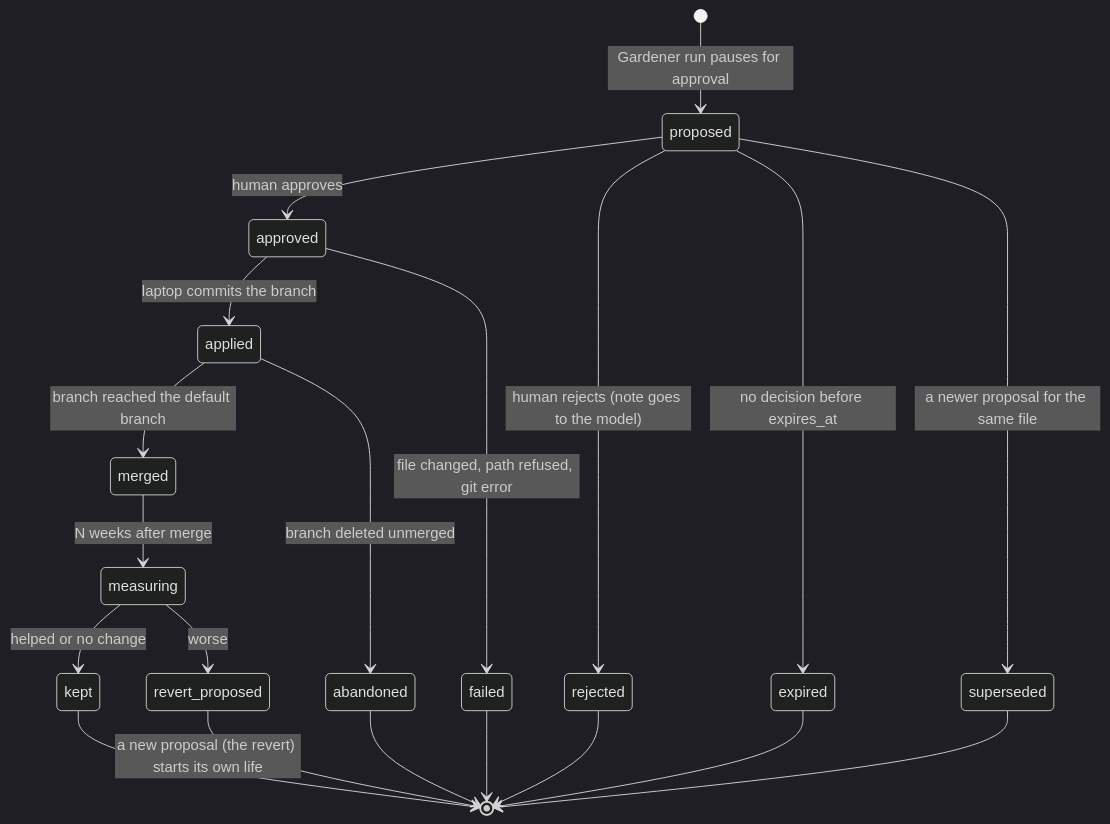
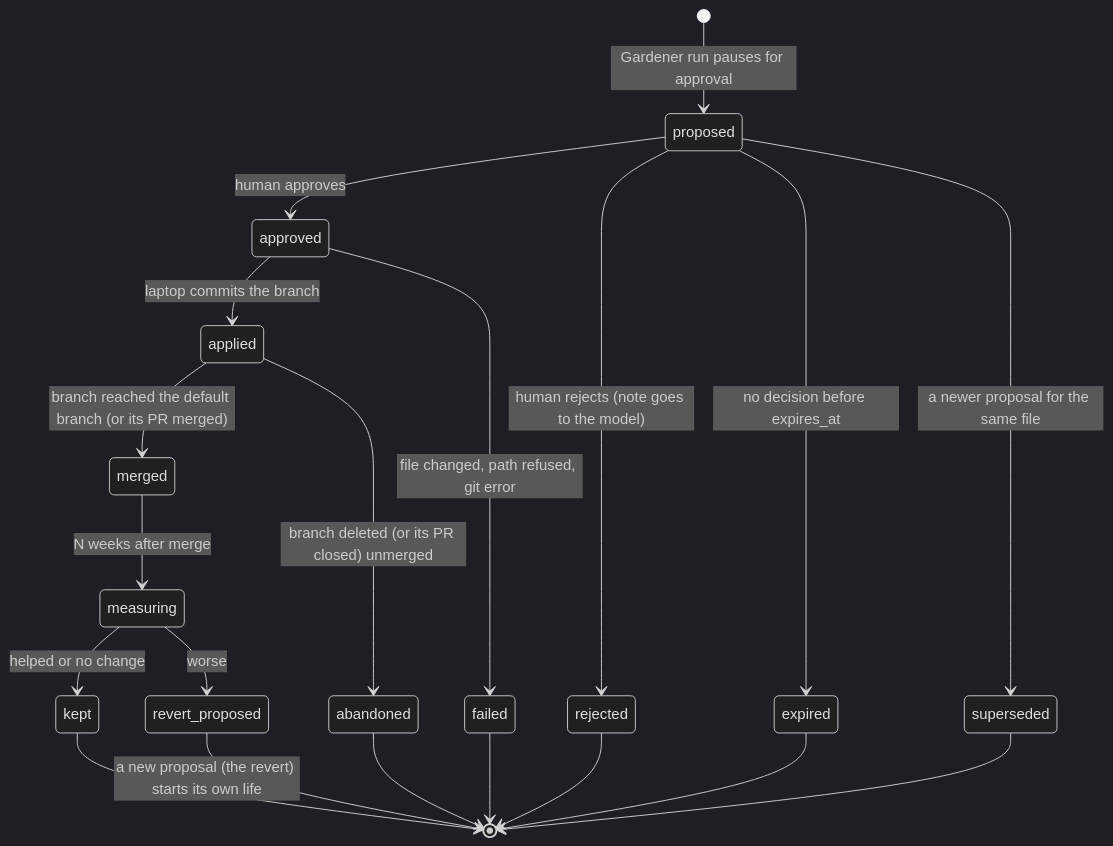
Before and after one commit to Vela3202019/wisen: the fourth of 4 diagrams in docs/plan/cloud-architecture.md, drawn with Mermaid (dark theme). The commit also changed other lines of this file and 14 other files, not shown here.

````diff
--- a/docs/plan/cloud-architecture.md
+++ b/docs/plan/cloud-architecture.md
@@ -570,22 +595,22 @@
 ```mermaid
 stateDiagram-v2
     [*] --> proposed: Gardener run pauses for approval
     proposed --> approved: human approves
     proposed --> rejected: human rejects (note goes to the model)
     proposed --> expired: no decision before expires_at
     proposed --> superseded: a newer proposal for the same file
     approved --> applied: laptop commits the branch
     approved --> failed: file changed, path refused, git error
-    applied --> merged: branch reached the default branch
-    applied --> abandoned: branch deleted unmerged
+    applied --> merged: branch reached the default branch (or its PR merged)
+    applied --> abandoned: branch deleted (or its PR closed) unmerged
     merged --> measuring: N weeks after merge
     measuring --> kept: helped or no change
     measuring --> revert_proposed: worse
     revert_proposed --> [*]: a new proposal (the revert) starts its own life
     rejected --> [*]
     expired --> [*]
     superseded --> [*]
     failed --> [*]
     abandoned --> [*]
     kept --> [*]
 ```
````
